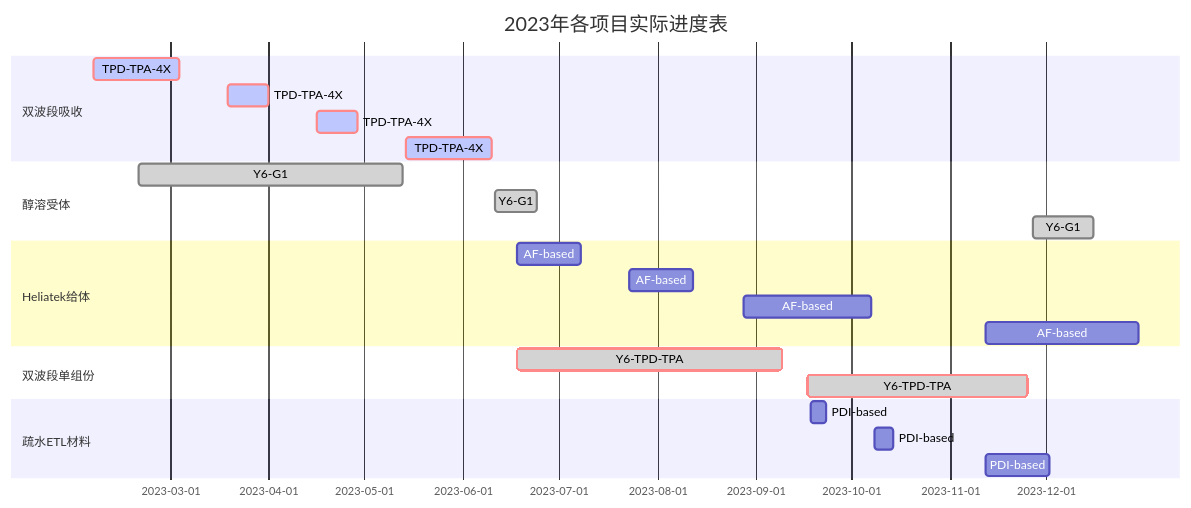
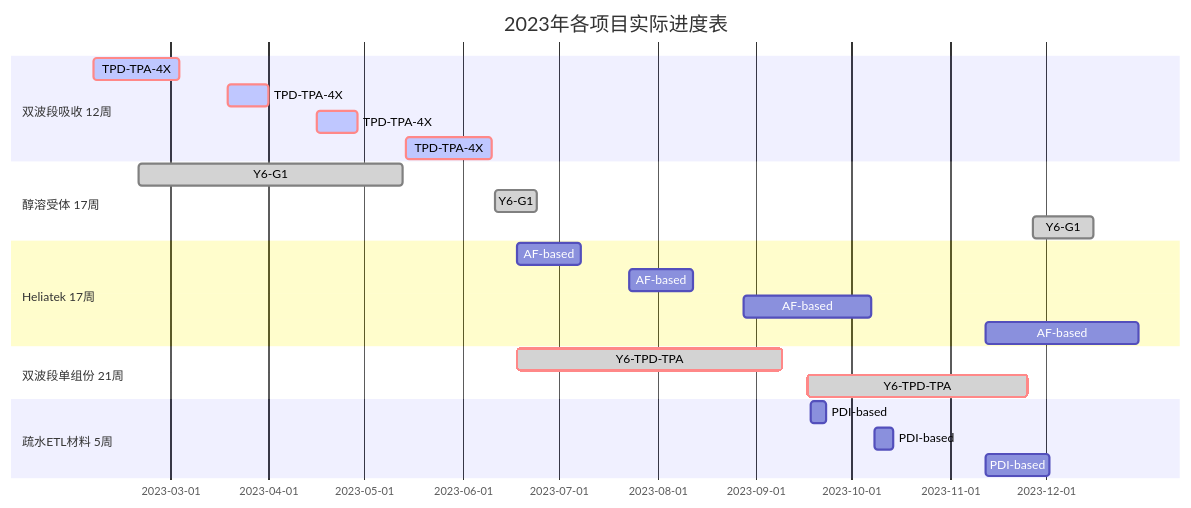
The diagram in blog/category1/gantt_weekly.md (qiao-ze/qiao-ze.github.io), drawn with Mermaid before and after one commit.

````diff
--- a/blog/category1/gantt_weekly.md
+++ b/blog/category1/gantt_weekly.md
@@ -17,31 +17,31 @@
 ```mermaid
  gantt
      dateFormat  YY-MM-DD
      title 2023年各项目实际进度表
-     section 双波段吸收
+     section 双波段吸收 12周
      TPD-TPA-4X            :crit, active,   des1, 23-02-05,23-03-04
      TPD-TPA-4X            :crit, active,   des2, 23-03-19,23-04-01
      TPD-TPA-4X            :crit, active,   des3, 23-04-16,23-04-29
      TPD-TPA-4X            :crit, active,   des4, 23-05-14,23-06-10
 
-     section 醇溶受体
+     section 醇溶受体 17周
      Y6-G1            :done,    des1, 23-02-19,23-05-13
      Y6-G1            :done,    des2, 23-06-11,23-06-24
      Y6-G1            :done,    des3, 23-11-27,23-12-16
 
-     section Heliatek给体
+     section Heliatek 17周
      AF-based            :    des1, 23-06-18,23-07-08
      AF-based            :    des2, 23-07-23,23-08-12
      AF-based            :    des3, 23-08-28,23-10-07
      AF-based            :    des3, 23-11-12,23-12-30
   
-     section 双波段单组份
+     section 双波段单组份 21周
      Y6-TPD-TPA            :crit,done,    des1, 23-06-18,23-09-09
      Y6-TPD-TPA            :crit,done,    des2, 23-09-17,23-11-25
    
-     section 疏水ETL材料
+     section 疏水ETL材料 5周
      PDI-based            :    des1, 23-09-18,23-09-23
      PDI-based            :    des2, 23-10-08,23-10-14
      PDI-based            :    des3, 23-11-12,23-12-02 
      
 ```
````
